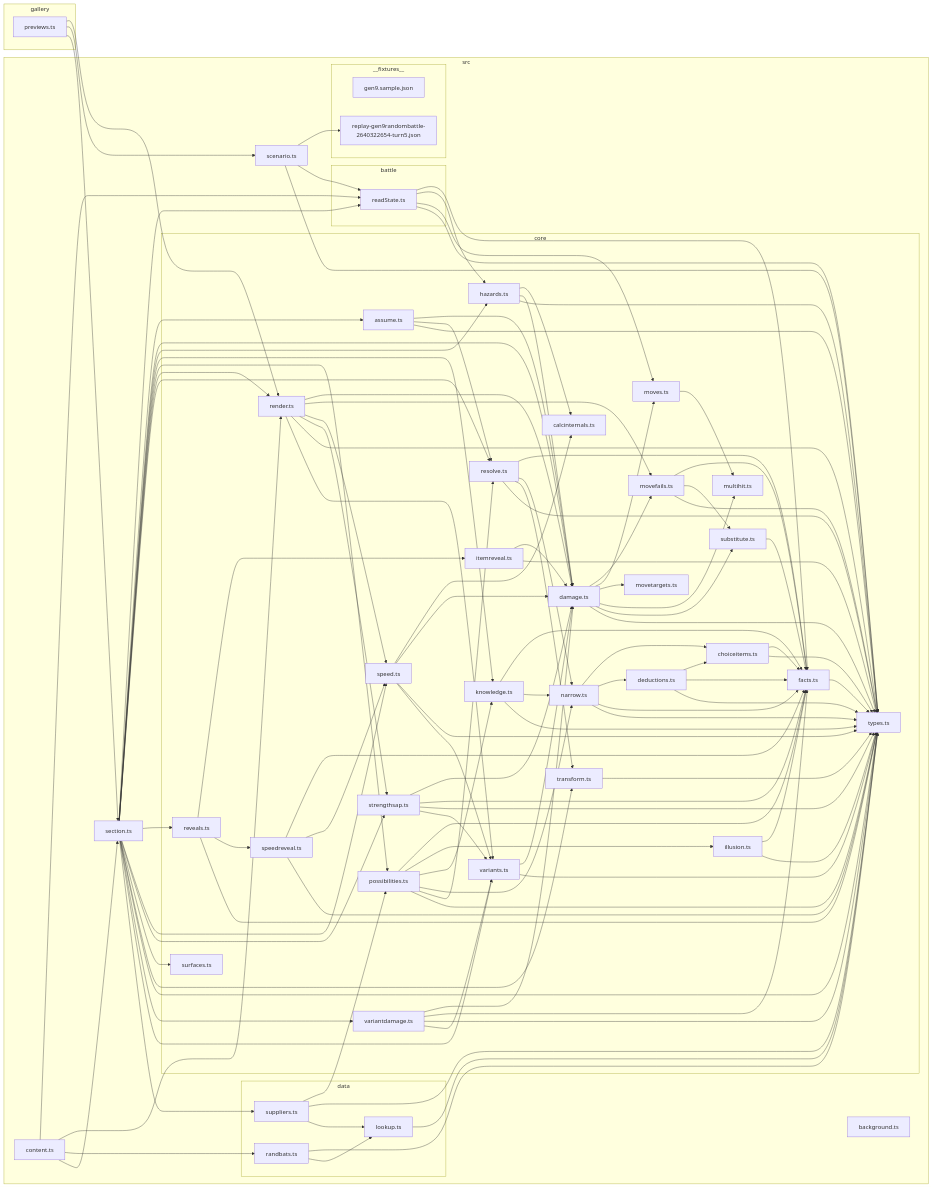
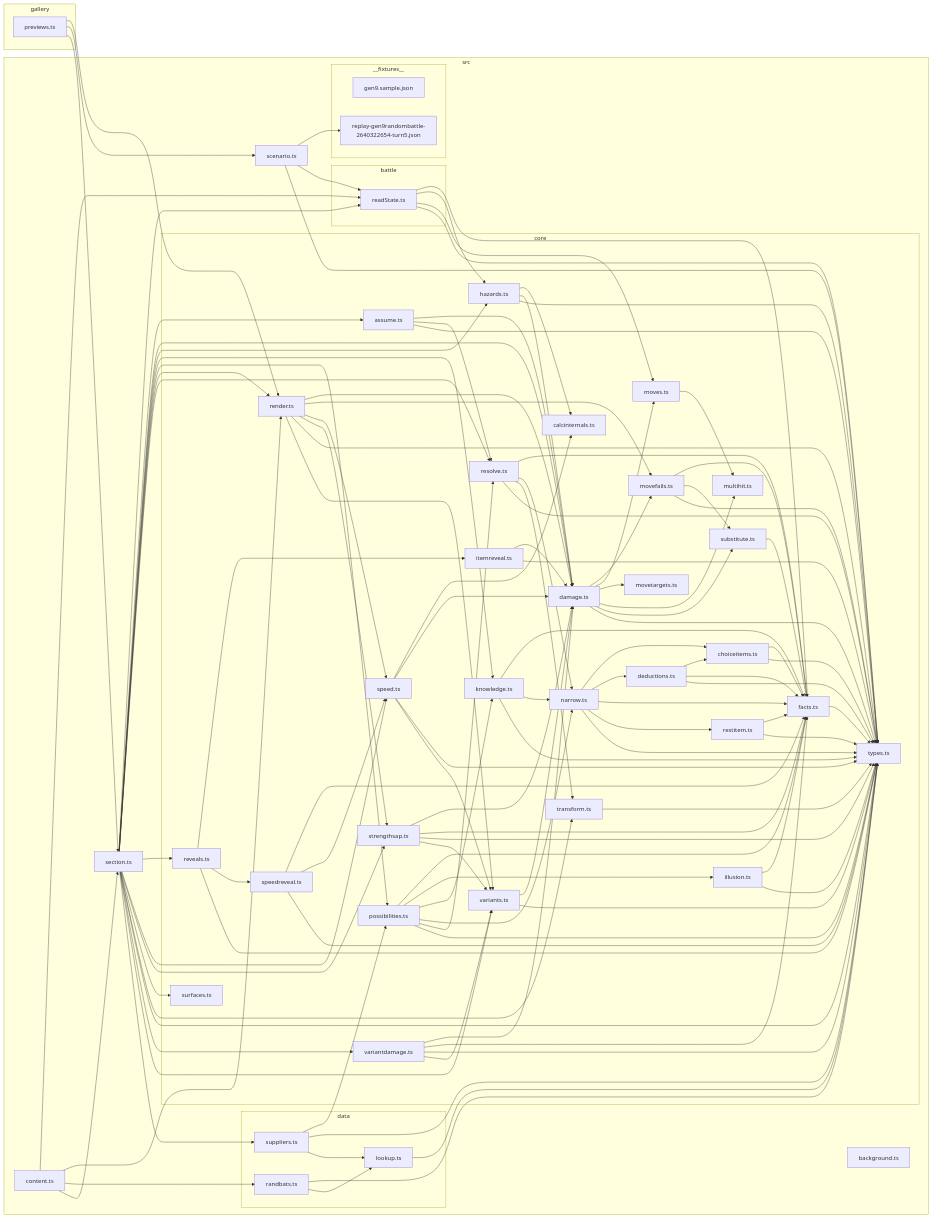
The diagram in docs/architecture-graph.md (seanaujong/hi-chu), drawn with Mermaid before and after one commit. The commit also changed other lines of this file and 8 other files, not shown here.

````diff
--- a/docs/architecture-graph.md
+++ b/docs/architecture-graph.md
@@ -40,32 +40,33 @@
 Q["narrow.ts"]
 R["choiceitems.ts"]
 S["deductions.ts"]
-T["transform.ts"]
-U["knowledge.ts"]
-V["possibilities.ts"]
-W["illusion.ts"]
-X["reveals.ts"]
-Y["itemreveal.ts"]
-Z["speedreveal.ts"]
-10["surfaces.ts"]
-11["variantdamage.ts"]
+T["restitem.ts"]
+U["transform.ts"]
+V["knowledge.ts"]
+W["possibilities.ts"]
+X["illusion.ts"]
+Y["reveals.ts"]
+Z["itemreveal.ts"]
+10["speedreveal.ts"]
+11["surfaces.ts"]
+12["variantdamage.ts"]
 end
 H["scenario.ts"]
 subgraph I["__fixtures__"]
 J["replay-gen9randombattle-2640322654-turn5.json"]
-18["gen9.sample.json"]
+19["gen9.sample.json"]
 end
 subgraph K["battle"]
 L["readState.ts"]
 end
 N["section.ts"]
-subgraph 12["data"]
-13["suppliers.ts"]
-14["lookup.ts"]
-17["randbats.ts"]
+subgraph 13["data"]
+14["suppliers.ts"]
+15["lookup.ts"]
+18["randbats.ts"]
 end
-15["background.ts"]
-16["content.ts"]
+16["background.ts"]
+17["content.ts"]
 end
 1-->4
 1-->H
@@ -112,67 +113,70 @@
 N-->O
 N-->5
 N-->M
-N-->U
 N-->V
+N-->W
 N-->4
 N-->P
-N-->X
+N-->Y
 N-->D
 N-->G
-N-->10
-N-->T
+N-->11
+N-->U
 N-->8
-N-->11
+N-->12
 N-->F
-N-->13
+N-->14
 O-->5
 O-->P
 O-->8
 P-->7
 P-->Q
-P-->T
+P-->U
 P-->8
 Q-->R
 Q-->S
 Q-->7
+Q-->T
 Q-->8
 R-->7
 R-->8
 S-->R
 S-->7
 S-->8
+T-->7
 T-->8
-U-->7
-U-->Q
 U-->8
 V-->7
-V-->W
-V-->U
 V-->Q
-V-->P
 V-->8
 W-->7
+W-->X
+W-->V
+W-->Q
+W-->P
 W-->8
-X-->Y
-X-->Z
+X-->7
 X-->8
-Y-->5
+Y-->Z
+Y-->10
 Y-->8
-Z-->7
-Z-->D
+Z-->5
 Z-->8
-11-->5
-11-->7
-11-->8
-11-->F
-13-->V
-13-->8
-13-->14
+10-->7
+10-->D
+10-->8
+12-->5
+12-->7
+12-->8
+12-->F
+14-->W
 14-->8
-16-->L
-16-->4
-16-->17
-16-->N
-17-->8
-17-->14
+14-->15
+15-->8
+17-->L
+17-->4
+17-->18
+17-->N
+18-->8
+18-->15
 ```
````
